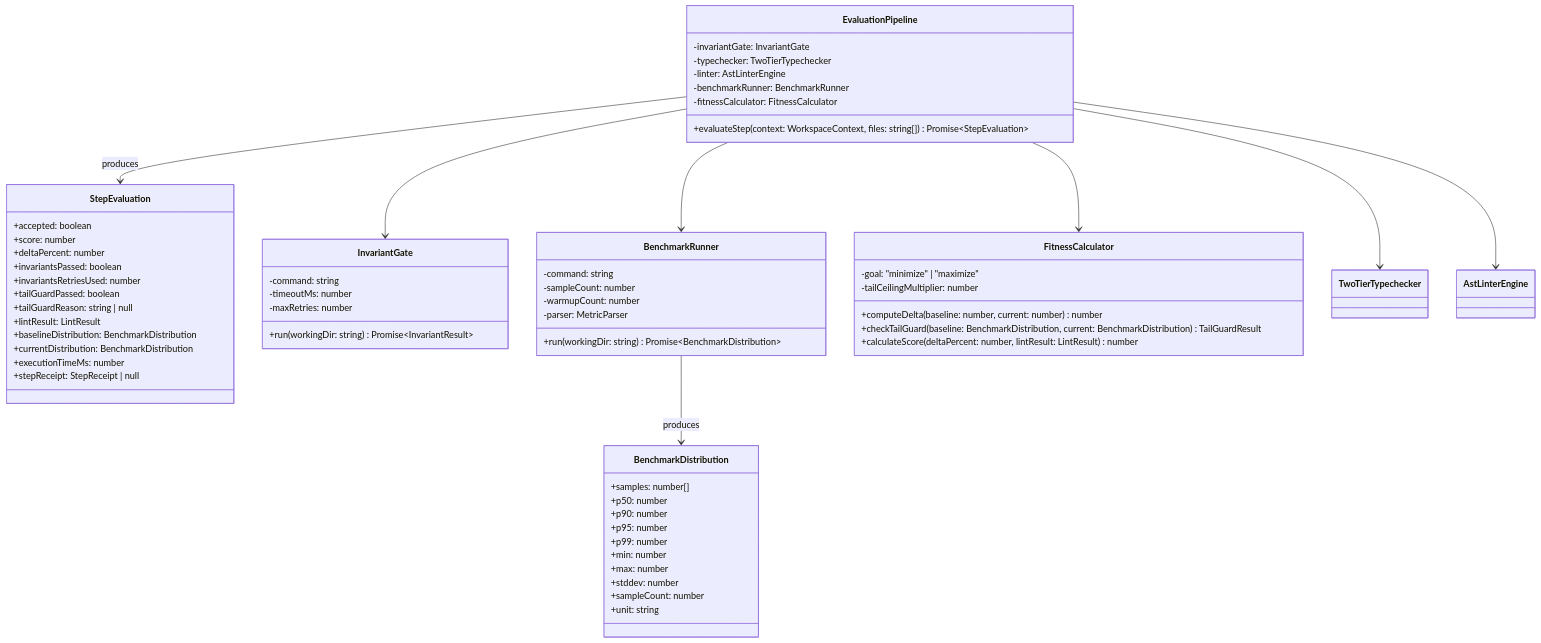
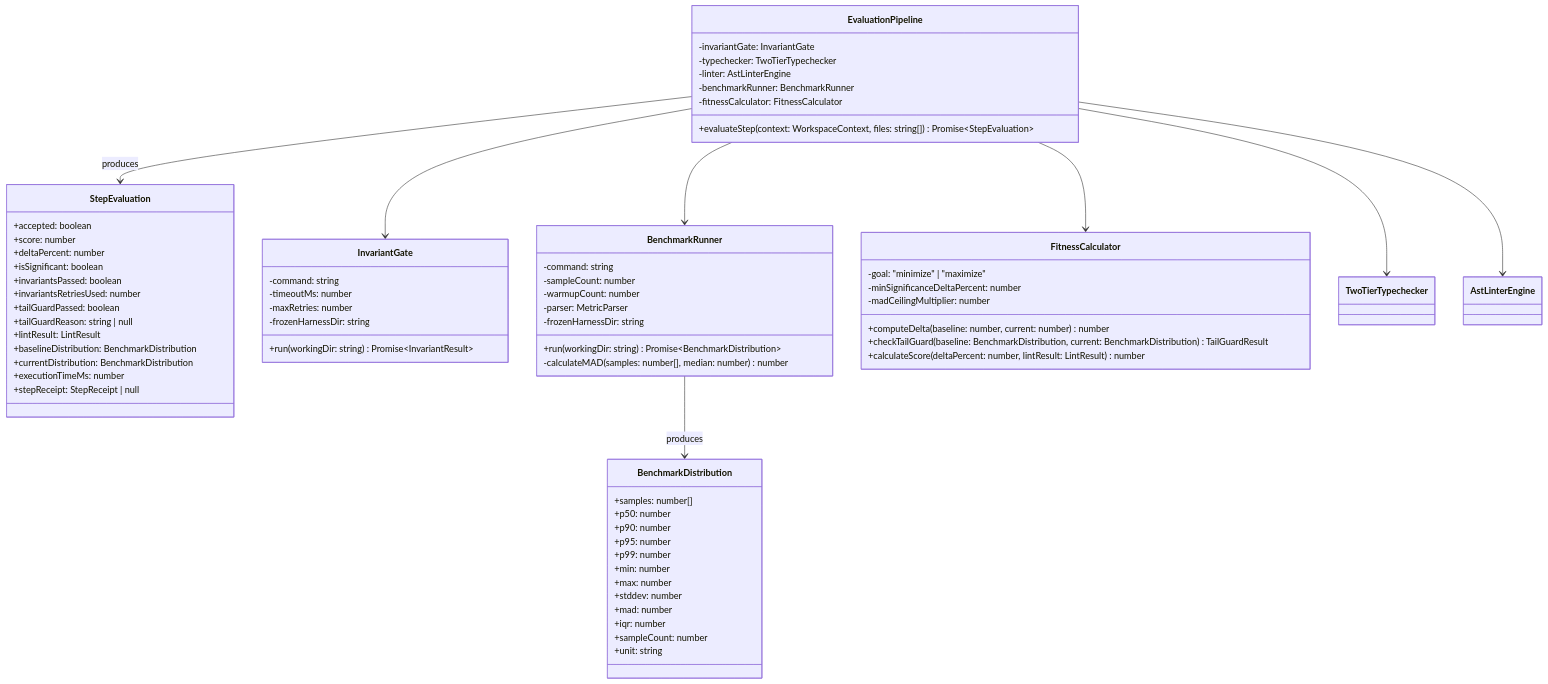
Before and after one commit to parth5012/perfgym: the sixth of 9 diagrams in docs/LOW_LEVEL_DESIGN.md, drawn with Mermaid. The commit also changed other lines of this file and 1 other file, not shown here.

````diff
--- a/docs/LOW_LEVEL_DESIGN.md
+++ b/docs/LOW_LEVEL_DESIGN.md
@@ -246,70 +282,77 @@
 ```mermaid
 classDiagram
     class BenchmarkDistribution {
         +samples: number[]
         +p50: number
         +p90: number
         +p95: number
         +p99: number
         +min: number
         +max: number
         +stddev: number
+        +mad: number
+        +iqr: number
         +sampleCount: number
         +unit: string
     }
 
     class StepEvaluation {
         +accepted: boolean
         +score: number
         +deltaPercent: number
+        +isSignificant: boolean
         +invariantsPassed: boolean
         +invariantsRetriesUsed: number
         +tailGuardPassed: boolean
         +tailGuardReason: string | null
         +lintResult: LintResult
         +baselineDistribution: BenchmarkDistribution
         +currentDistribution: BenchmarkDistribution
         +executionTimeMs: number
         +stepReceipt: StepReceipt | null
     }
 
     class InvariantGate {
         -command: string
         -timeoutMs: number
         -maxRetries: number
+        -frozenHarnessDir: string
         +run(workingDir: string) Promise~InvariantResult~
     }
 
     class BenchmarkRunner {
         -command: string
         -sampleCount: number
         -warmupCount: number
         -parser: MetricParser
+        -frozenHarnessDir: string
         +run(workingDir: string) Promise~BenchmarkDistribution~
+        -calculateMAD(samples: number[], median: number) number
     }
 
     class FitnessCalculator {
         -goal: "minimize" | "maximize"
-        -tailCeilingMultiplier: number
+        -minSignificanceDeltaPercent: number
+        -madCeilingMultiplier: number
         +computeDelta(baseline: number, current: number) number
         +checkTailGuard(baseline: BenchmarkDistribution, current: BenchmarkDistribution) TailGuardResult
         +calculateScore(deltaPercent: number, lintResult: LintResult) number
     }
 
     class EvaluationPipeline {
         -invariantGate: InvariantGate
         -typechecker: TwoTierTypechecker
         -linter: AstLinterEngine
         -benchmarkRunner: BenchmarkRunner
         -fitnessCalculator: FitnessCalculator
         +evaluateStep(context: WorkspaceContext, files: string[]) Promise~StepEvaluation~
     }
 
     EvaluationPipeline --> InvariantGate
     EvaluationPipeline --> TwoTierTypechecker
     EvaluationPipeline --> AstLinterEngine
     EvaluationPipeline --> BenchmarkRunner
     EvaluationPipeline --> FitnessCalculator
     EvaluationPipeline --> StepEvaluation : produces
     BenchmarkRunner --> BenchmarkDistribution : produces
 ```
````
